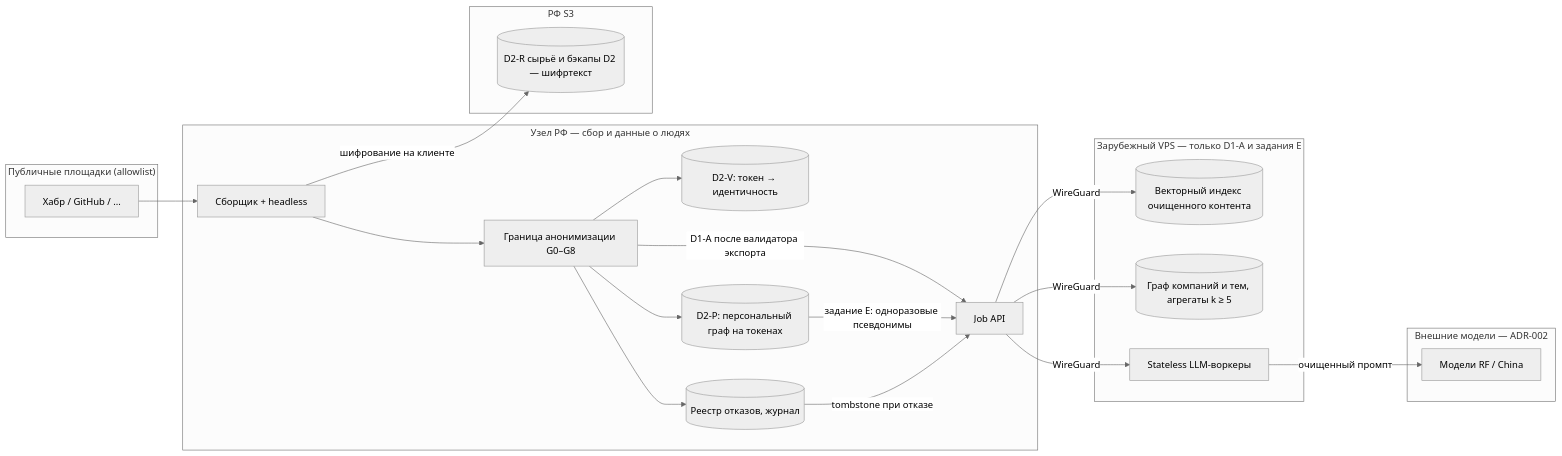
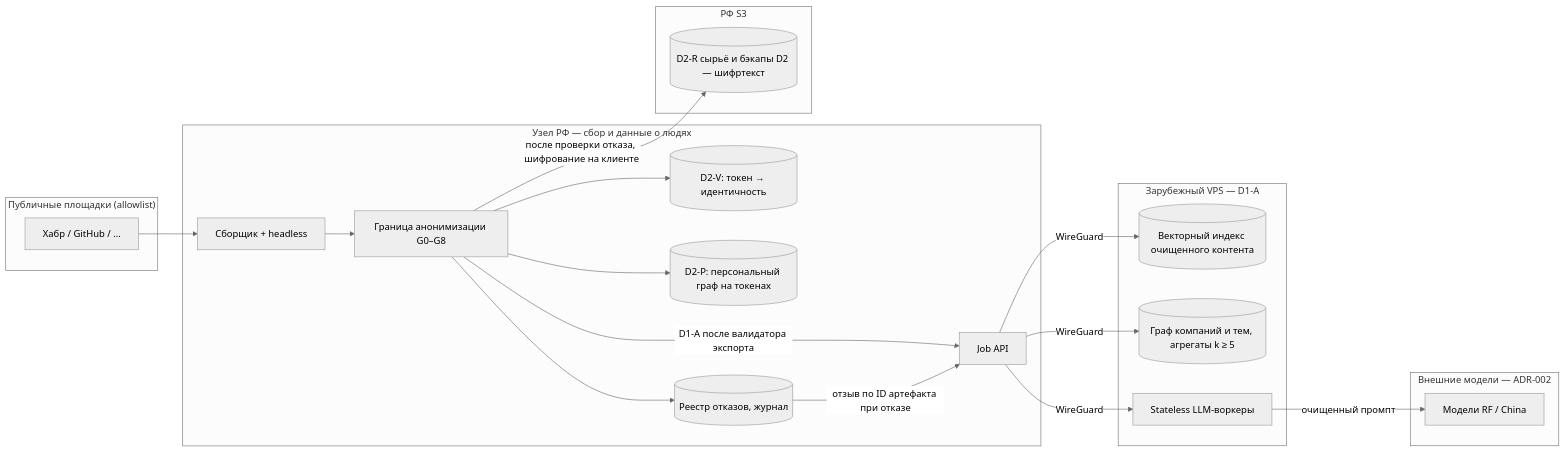
Before and after one commit to G-Ivan-A/aether-orbis: the ninth of 10 diagrams in docs/architecture.md, drawn with Mermaid (neutral theme). The commit also changed other lines of this file and 8 other files, not shown here.

````diff
--- a/docs/architecture.md
+++ b/docs/architecture.md
@@ -315,39 +316,38 @@
 ```mermaid
 graph LR
     subgraph SRC["Публичные площадки (allowlist)"]
         W[Хабр / GitHub / ...]
     end
     subgraph RU["Узел РФ — сбор и данные о людях"]
         F[Сборщик + headless]
         G[Граница анонимизации G0–G8]
         V[(D2-V: токен → идентичность)]
         P[(D2-P: персональный граф на токенах)]
         R[(Реестр отказов, журнал)]
         J[Job API]
     end
     subgraph RS3["РФ S3"]
         S[(D2-R сырьё и бэкапы D2 — шифртекст)]
     end
-    subgraph EU["Зарубежный VPS — только D1-A и задания E"]
+    subgraph EU["Зарубежный VPS — D1-A"]
         Q[(Векторный индекс очищенного контента)]
         AG[(Граф компаний и тем, агрегаты k ≥ 5)]
         LW[Stateless LLM-воркеры]
     end
     subgraph EXTP["Внешние модели — ADR-002"]
         M[Модели RF / China]
     end
 
     W --> F
-    F -->|шифрование на клиенте| S
     F --> G
+    G -->|после проверки отказа, шифрование на клиенте| S
     G --> V
     G --> P
     G --> R
     G -->|D1-A после валидатора экспорта| J
-    P -->|задание E: одноразовые псевдонимы| J
     J -->|WireGuard| Q
     J -->|WireGuard| AG
     J -->|WireGuard| LW
     LW -->|очищенный промпт| M
-    R -->|tombstone при отказе| J
+    R -->|отзыв по ID артефакта при отказе| J
 ```
````
